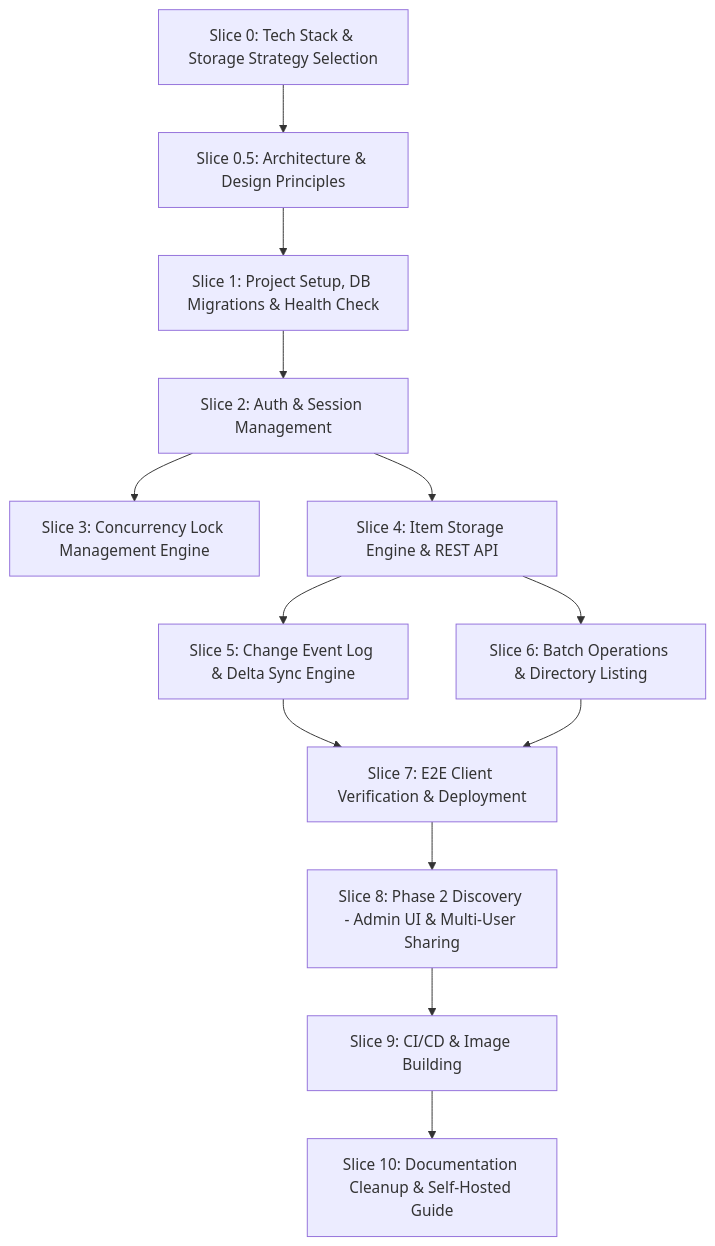
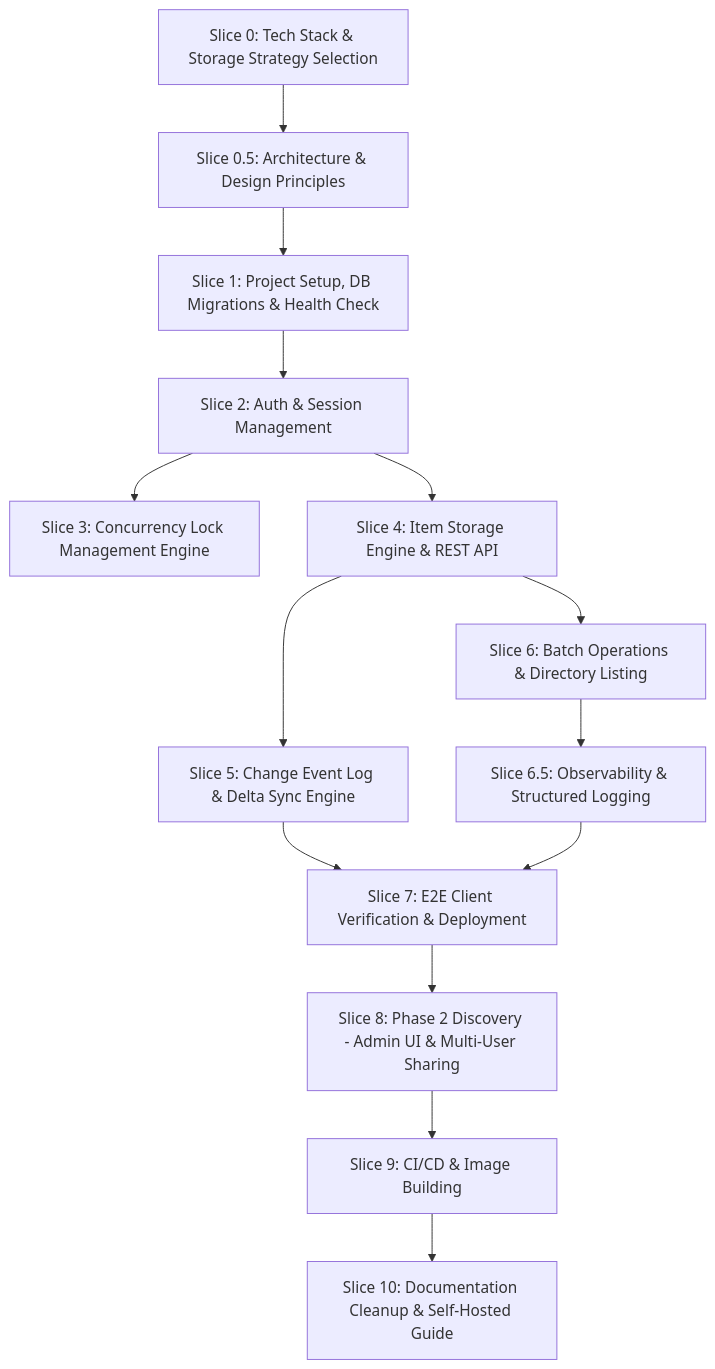
The diagram in docs/foundation_plan.md (jberlyn/syncopation), drawn with Mermaid before and after one commit. The commit also changed other lines of this file and 1 other file, not shown here.

Commit message:
docs: Add Slice 6.5 for Observability & Structured Logging

````diff
--- a/docs/foundation_plan.md
+++ b/docs/foundation_plan.md
@@ -11,14 +11,15 @@
 ```mermaid
 graph TD
     S0["Slice 0: Tech Stack & Storage Strategy Selection"] --> S05["Slice 0.5: Architecture & Design Principles"]
     S05 --> S1["Slice 1: Project Setup, DB Migrations & Health Check"]
     S1 --> S2["Slice 2: Auth & Session Management"]
     S2 --> S3["Slice 3: Concurrency Lock Management Engine"]
     S2 --> S4["Slice 4: Item Storage Engine & REST API"]
     S4 --> S5["Slice 5: Change Event Log & Delta Sync Engine"]
     S4 --> S6["Slice 6: Batch Operations & Directory Listing"]
-    S5 & S6 --> S7["Slice 7: E2E Client Verification & Deployment"]
+    S6 --> S65["Slice 6.5: Observability & Structured Logging"]
+    S5 & S65 --> S7["Slice 7: E2E Client Verification & Deployment"]
     S7 --> S8["Slice 8: Phase 2 Discovery - Admin UI & Multi-User Sharing"]
     S8 --> S9["Slice 9: CI/CD & Image Building"]
     S9 --> S10["Slice 10: Documentation Cleanup & Self-Hosted Guide"]
 ```
````
